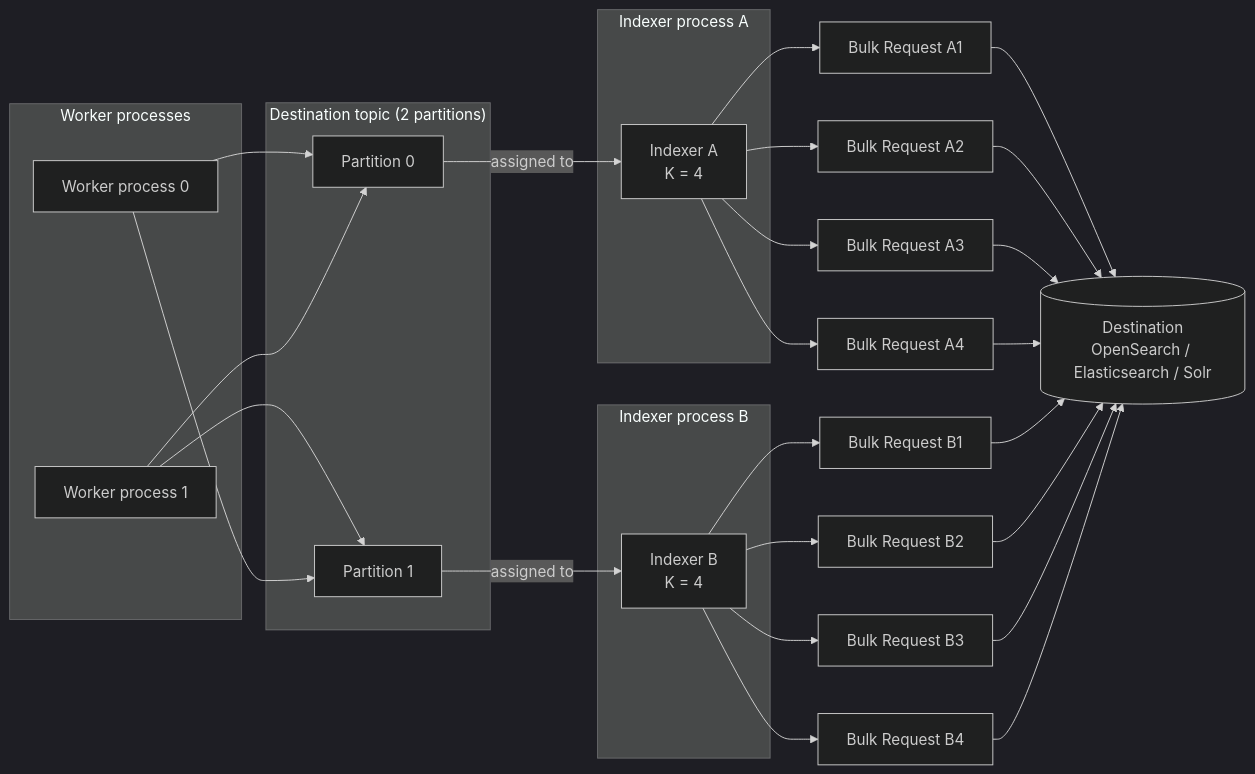
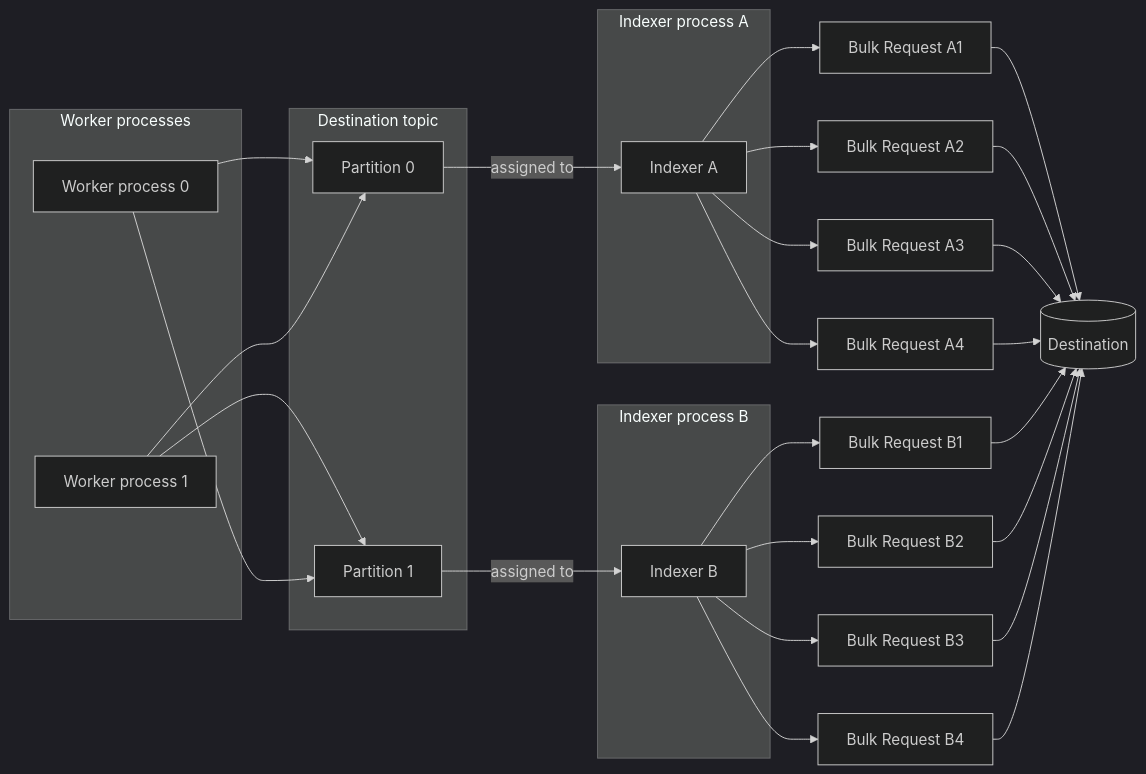
One commit to kmwtechnology/lucille changed the fifth of 5 diagrams in doc/site/content/en/docs/operations/indexing-throughput/indexing-fan-out.md. Above: the diagram before and after it, drawn with Mermaid (dark theme). The commit also changed other lines of this file and 1 other file, not shown here.

First line of the commit message:
docs: simplify fan-out diagram labels; fix Mermaid edge curves

````diff
--- a/doc/site/content/en/docs/operations/indexing-throughput/indexing-fan-out.md
+++ b/doc/site/content/en/docs/operations/indexing-throughput/indexing-fan-out.md
@@ -236,40 +237,40 @@
 ```mermaid
 flowchart LR
     subgraph WORKERS["Worker processes"]
         WP0["Worker process 0"]
         WP1["Worker process 1"]
     end
 
-    subgraph DT["Destination topic (2 partitions)"]
+    subgraph DT["Destination topic"]
         DP0["Partition 0"]
         DP1["Partition 1"]
     end
 
     subgraph IP0["Indexer process A"]
-        IDX0["Indexer A<br/>K = 4"]
+        IDX0["Indexer A"]
     end
 
     subgraph IP1["Indexer process B"]
-        IDX1["Indexer B<br/>K = 4"]
+        IDX1["Indexer B"]
     end
 
-    DEST[("Destination<br/>OpenSearch / Elasticsearch / Solr")]
+    DEST[("Destination")]
 
     WP0 --> DP0
     WP1 --> DP1
     WP0 --> DP1
     WP1 --> DP0
 
     DP0 -->|assigned to| IDX0
     DP1 -->|assigned to| IDX1
 
     IDX0 --> RA1["Bulk Request A1"] --> DEST
     IDX0 --> RA2["Bulk Request A2"] --> DEST
     IDX0 --> RA3["Bulk Request A3"] --> DEST
     IDX0 --> RA4["Bulk Request A4"] --> DEST
 
     IDX1 --> RB1["Bulk Request B1"] --> DEST
     IDX1 --> RB2["Bulk Request B2"] --> DEST
     IDX1 --> RB3["Bulk Request B3"] --> DEST
     IDX1 --> RB4["Bulk Request B4"] --> DEST
 ```
````
